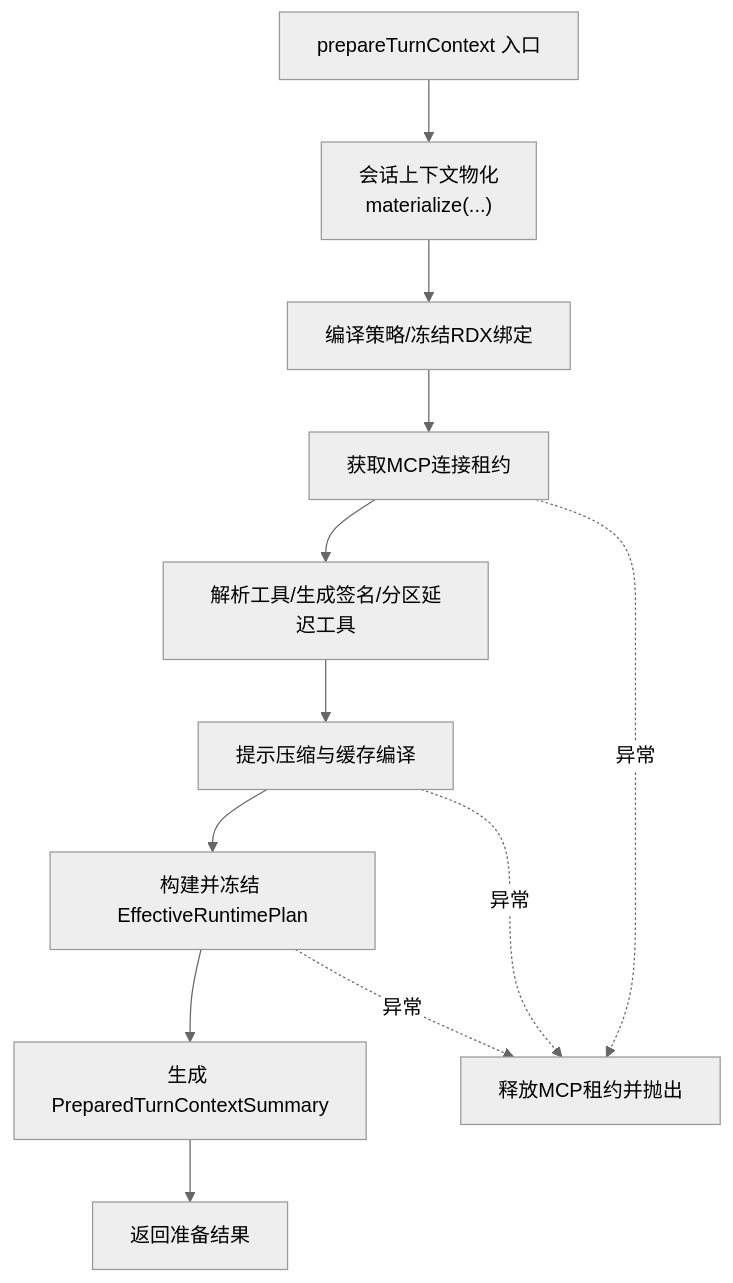
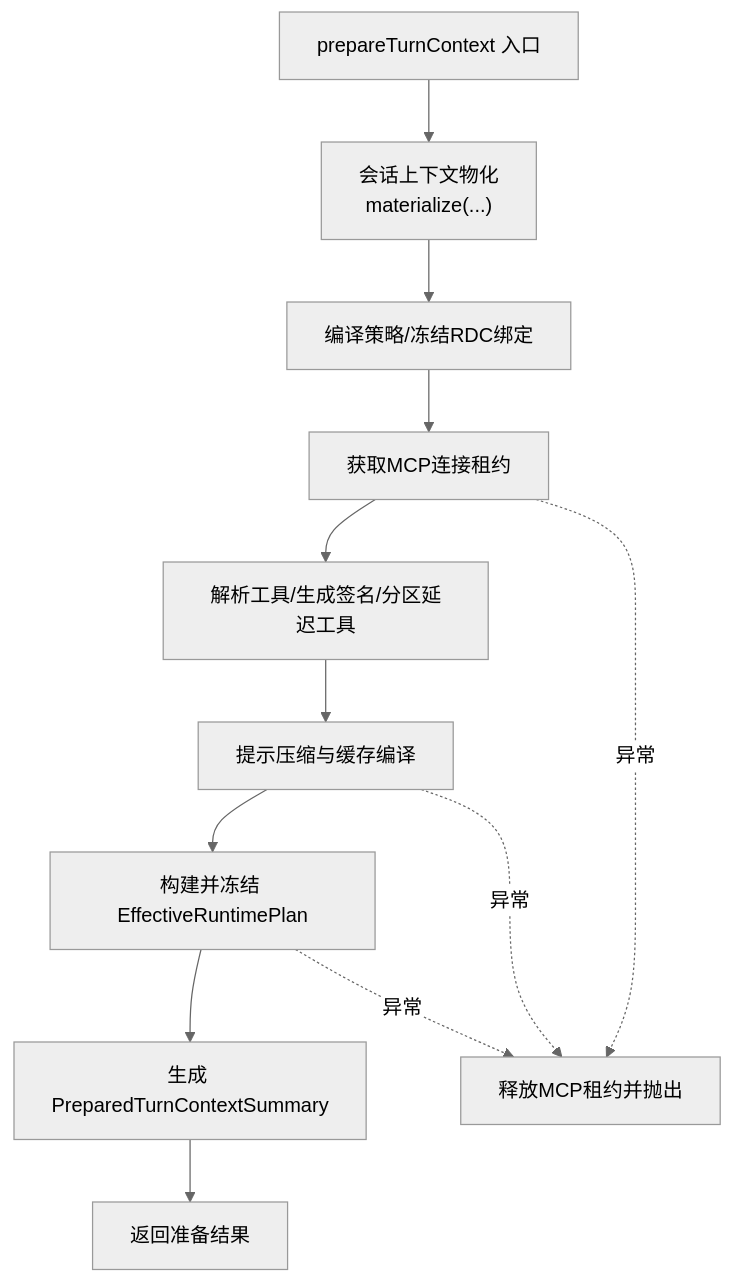
The fifth of 7 diagrams in .qoder/repowiki/zh/content/架构设计/主进程架构/Agent 编排系统/TurnCoordinator 回合协调器.md (haolange/RDC-Agent), drawn with Mermaid (neutral theme) before and after one commit. The commit also changed other lines of this file and 557 other files, not shown here.

````diff
--- a/.qoder/repowiki/zh/content/架构设计/主进程架构/Agent 编排系统/TurnCoordinator 回合协调器.md
+++ b/.qoder/repowiki/zh/content/架构设计/主进程架构/Agent 编排系统/TurnCoordinator 回合协调器.md
@@ -253,14 +253,14 @@
 ```mermaid
 flowchart TD
 A["prepareTurnContext 入口"] --> B["会话上下文物化<br/>materialize(...)"]
-B --> C["编译策略/冻结RDX绑定"]
+B --> C["编译策略/冻结RDC绑定"]
 C --> D["获取MCP连接租约"]
 D --> E["解析工具/生成签名/分区延迟工具"]
 E --> F["提示压缩与缓存编译"]
 F --> G["构建并冻结 EffectiveRuntimePlan"]
 G --> H["生成 PreparedTurnContextSummary"]
 H --> I["返回准备结果"]
 D -. 异常 .-> J["释放MCP租约并抛出"]
 F -. 异常 .-> J
 G -. 异常 .-> J
 ```
````
